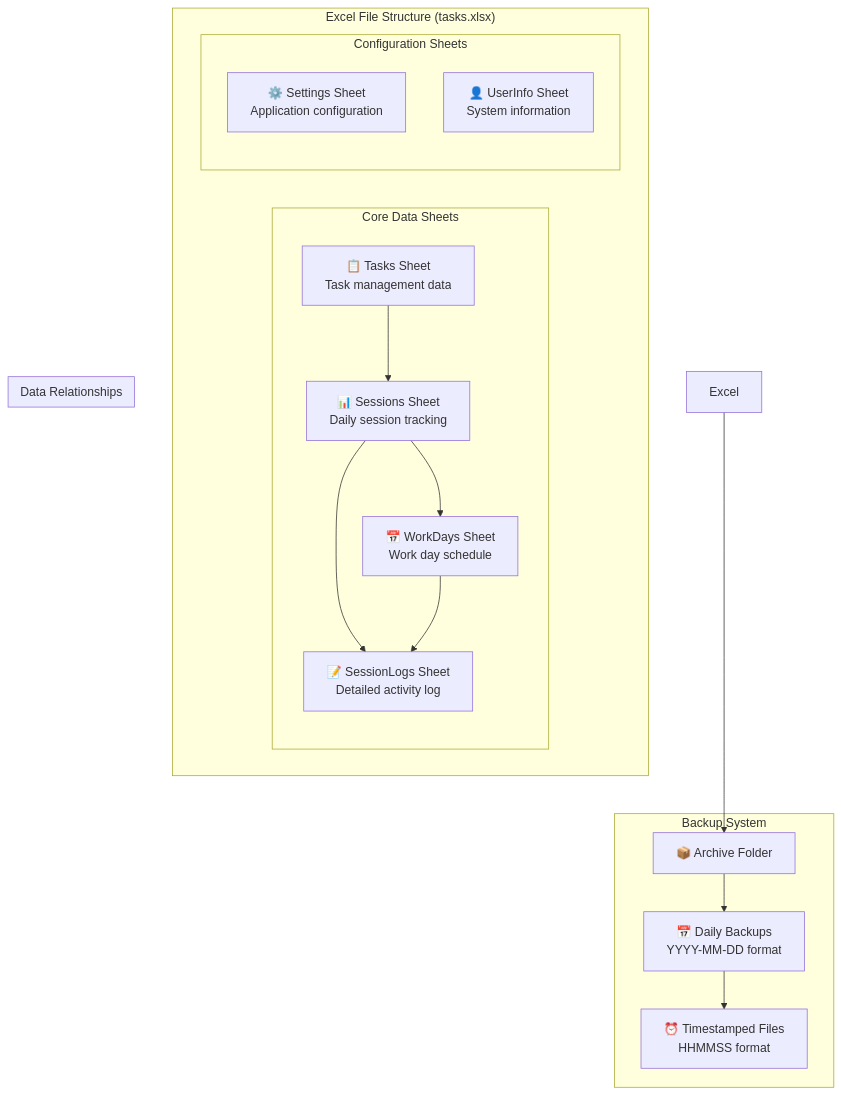
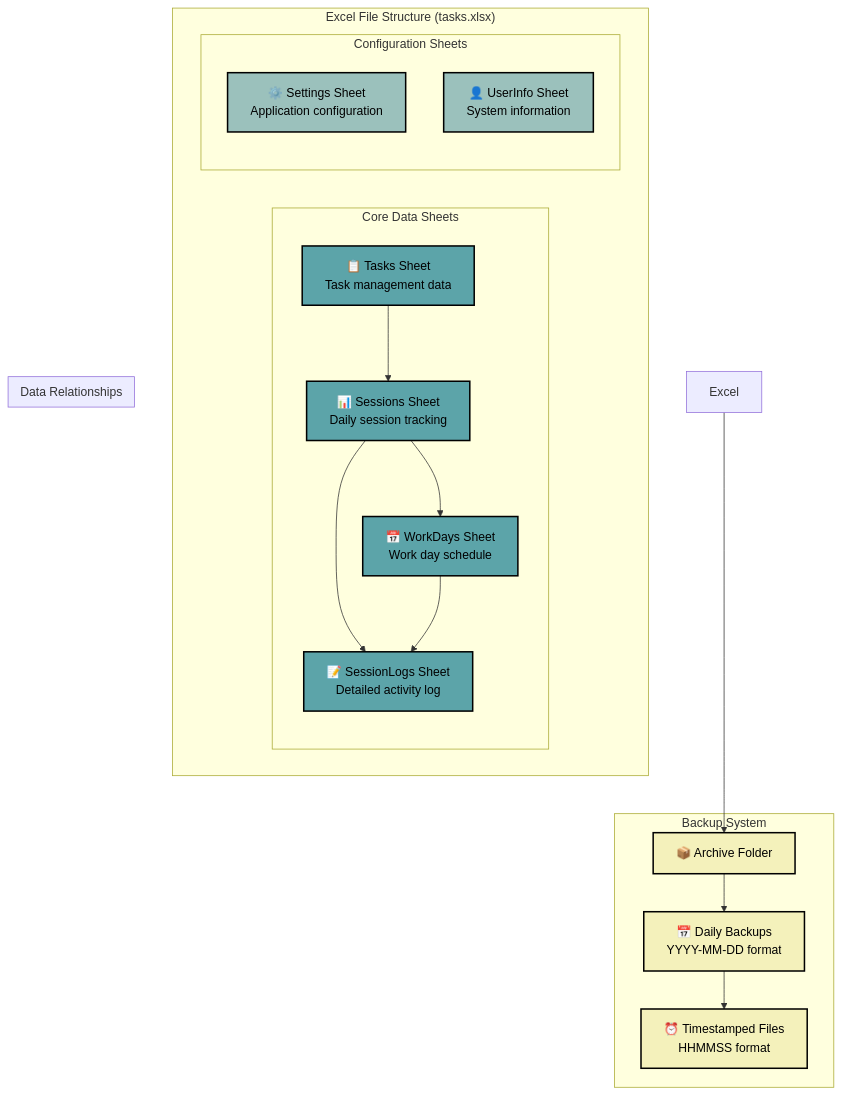
The fifth of 6 diagrams in ARCHITECTURE.md (nirajpant07/TaskManagerCLI), drawn with Mermaid before and after one commit. The commit also changed other lines of this file, not shown here.

First line of the commit message:
style: Update Mermaid diagrams with improved color scheme and layout

````diff
--- a/ARCHITECTURE.md
+++ b/ARCHITECTURE.md
@@ -434,33 +455,43 @@
 ```mermaid
 graph TB
     subgraph "Excel File Structure (tasks.xlsx)"
         subgraph "Core Data Sheets"
             Tasks[📋 Tasks Sheet<br/>Task management data]
             Sessions[📊 Sessions Sheet<br/>Daily session tracking]
             WorkDays[📅 WorkDays Sheet<br/>Work day schedule]
             SessionLogs[📝 SessionLogs Sheet<br/>Detailed activity log]
         end
         
         subgraph "Configuration Sheets"
             Settings[⚙️ Settings Sheet<br/>Application configuration]
             UserInfo[👤 UserInfo Sheet<br/>System information]
         end
     end
 
     subgraph "Data Relationships"
         Tasks --> Sessions
         Sessions --> WorkDays
         Sessions --> SessionLogs
         WorkDays --> SessionLogs
     end
 
     subgraph "Backup System"
         Archive[📦 Archive Folder]
         DailyBackups[📅 Daily Backups<br/>YYYY-MM-DD format]
         TimestampedFiles[⏰ Timestamped Files<br/>HHMMSS format]
     end
 
     Excel --> Archive
     Archive --> DailyBackups
     DailyBackups --> TimestampedFiles
+
+    %% Styling
+    classDef excelFile fill:#E6EBE0,stroke:#000000,stroke-width:2px,color:#000000
+    classDef coreData fill:#5CA4A9,stroke:#000000,stroke-width:2px,color:#000000
+    classDef configData fill:#9BC1BC,stroke:#000000,stroke-width:2px,color:#000000
+    classDef backupSystem fill:#F4F1BB,stroke:#000000,stroke-width:2px,color:#000000
+
+    class Tasks,Sessions,WorkDays,SessionLogs coreData
+    class Settings,UserInfo configData
+    class Archive,DailyBackups,TimestampedFiles backupSystem
 ```
````
